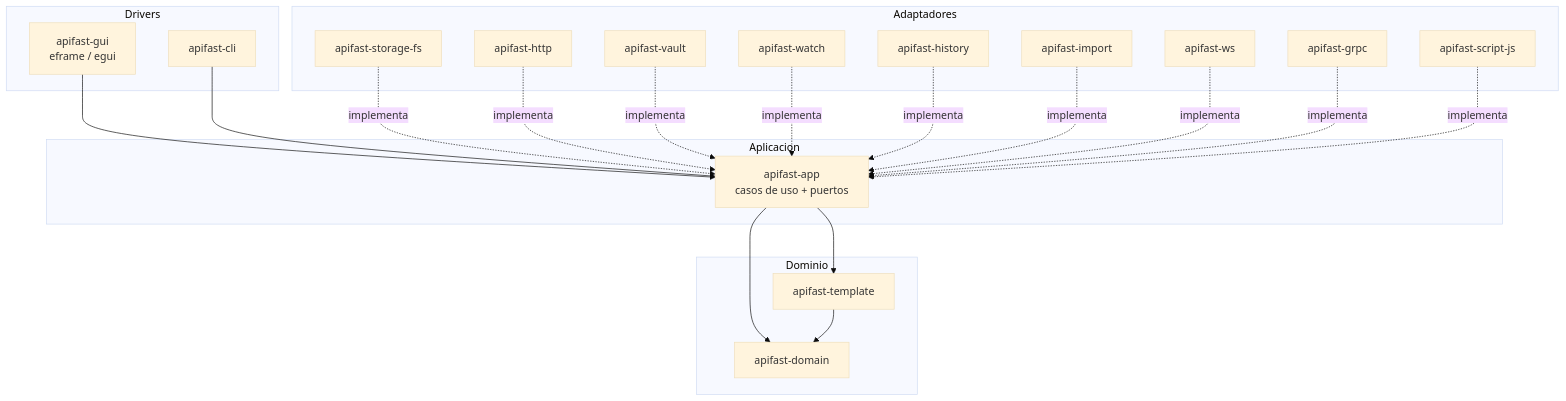
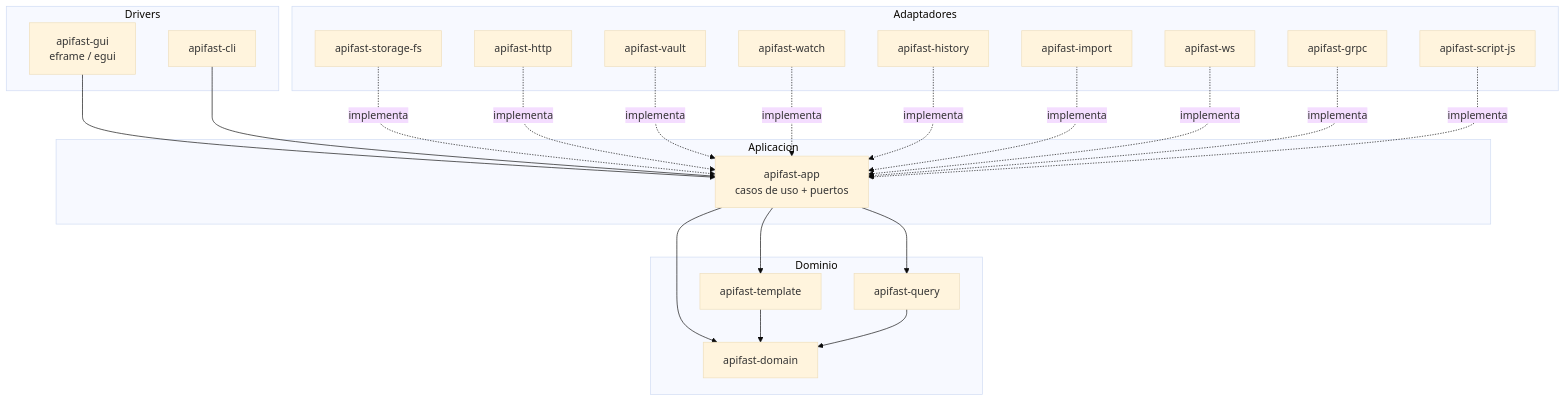
The first of 2 diagrams in docs/03-arquitectura.md (jpriva/apifast), drawn with Mermaid (base theme) before and after one commit. The commit also changed other lines of this file and 21 other files, not shown here.

````diff
--- a/docs/03-arquitectura.md
+++ b/docs/03-arquitectura.md
@@ -7,43 +7,46 @@
 ```mermaid
 flowchart TB
     subgraph Drivers
         GUI[apifast-gui<br/>eframe / egui]
         CLI[apifast-cli]
     end
 
     subgraph Aplicacion
         APP[apifast-app<br/>casos de uso + puertos]
     end
 
     subgraph Dominio
         DOM[apifast-domain]
         TPL[apifast-template]
+        QRY[apifast-query]
     end
 
     subgraph Adaptadores
         FS[apifast-storage-fs]
         HTTP[apifast-http]
         VAULT[apifast-vault]
         WATCH[apifast-watch]
         HIST[apifast-history]
         IMP[apifast-import]
         WS[apifast-ws]
         GRPC[apifast-grpc]
         JS[apifast-script-js]
     end
 
     GUI --> APP
     CLI --> APP
     APP --> DOM
     APP --> TPL
     TPL --> DOM
+    APP --> QRY
+    QRY --> DOM
     FS -.implementa.-> APP
     HTTP -.implementa.-> APP
     VAULT -.implementa.-> APP
     WATCH -.implementa.-> APP
     HIST -.implementa.-> APP
     IMP -.implementa.-> APP
     WS -.implementa.-> APP
     GRPC -.implementa.-> APP
     JS -.implementa.-> APP
 ```
````
